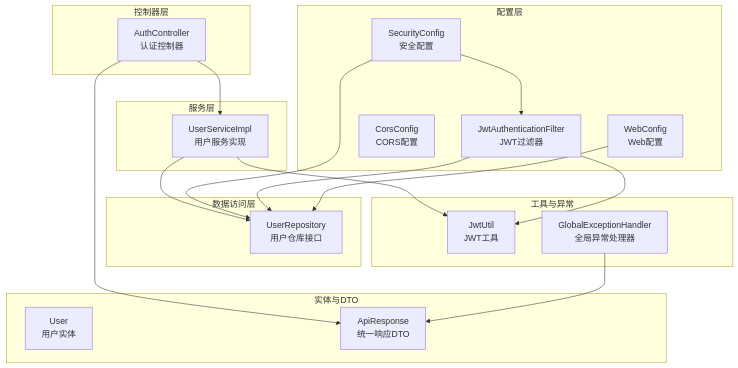
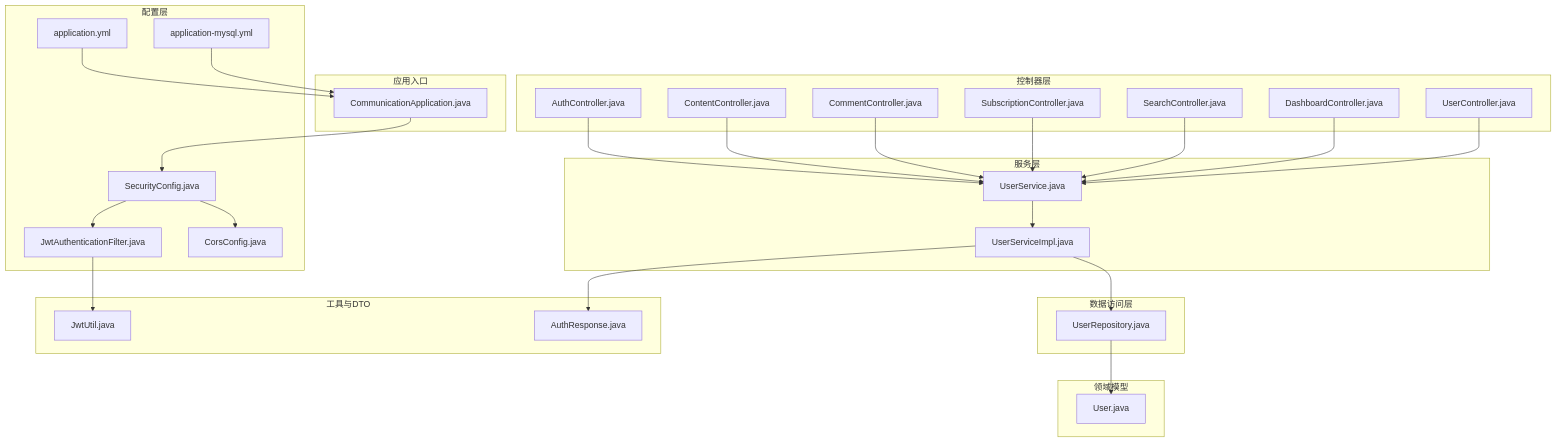
Before and after one commit to koala-xiong/communication-qoder: the first of 6 diagrams in .qoder/repowiki/zh/content/后端架构设计/后端架构设计.md, drawn with Mermaid. The commit also changed other lines of this file and 73 other files, not shown here.

````diff
--- a/.qoder/repowiki/zh/content/后端架构设计/后端架构设计.md
+++ b/.qoder/repowiki/zh/content/后端架构设计/后端架构设计.md
@@ -54,36 +47,53 @@
 ```mermaid
 graph TB
+subgraph "应用入口"
+A["CommunicationApplication.java"]
+end
 subgraph "配置层"
-SC["SecurityConfig<br/>安全配置"]
-JC["JwtAuthenticationFilter<br/>JWT过滤器"]
-CC["CorsConfig<br/>CORS配置"]
-WC["WebConfig<br/>Web配置"]
+C1["SecurityConfig.java"]
+C2["JwtAuthenticationFilter.java"]
+C3["CorsConfig.java"]
+R1["application.yml"]
+R2["application-mysql.yml"]
 end
 subgraph "控制器层"
-AC["AuthController<br/>认证控制器"]
+K1["AuthController.java"]
+K2["ContentController.java"]
+K3["CommentController.java"]
+K4["SubscriptionController.java"]
+K5["SearchController.java"]
+K6["DashboardController.java"]
+K7["UserController.java"]
 end
 subgraph "服务层"
-USI["UserServiceImpl<br/>用户服务实现"]
+S1["UserService.java"]
+S2["UserServiceImpl.java"]
 end
 subgraph "数据访问层"
-UR["UserRepository<br/>用户仓库接口"]
+D1["UserRepository.java"]
 end
-subgraph "实体与DTO"
-UE["User<br/>用户实体"]
-AR["ApiResponse<br/>统一响应DTO"]
+subgraph "领域模型"
+E1["User.java"]
 end
-subgraph "工具与异常"
-JU["JwtUtil<br/>JWT工具"]
-GEH["GlobalExceptionHandler<br/>全局异常处理器"]
+subgraph "工具与DTO"
+U1["JwtUtil.java"]
+U2["AuthResponse.java"]
 end
-AC --> USI
-USI --> UR
-USI --> JU
-SC --> JC
-SC --> UR
-JC --> JU
-JC --> UR
-WC --> UR
-AC --> AR
-GEH --> AR
+A --> C1
+C1 --> C2
+C1 --> C3
+K1 --> S1
+K2 --> S1
+K3 --> S1
+K4 --> S1
+K5 --> S1
+K6 --> S1
+K7 --> S1
+S1 --> S2
+S2 --> D1
+D1 --> E1
+C2 --> U1
+S2 --> U2
+R1 --> A
+R2 --> A
 ```
````
